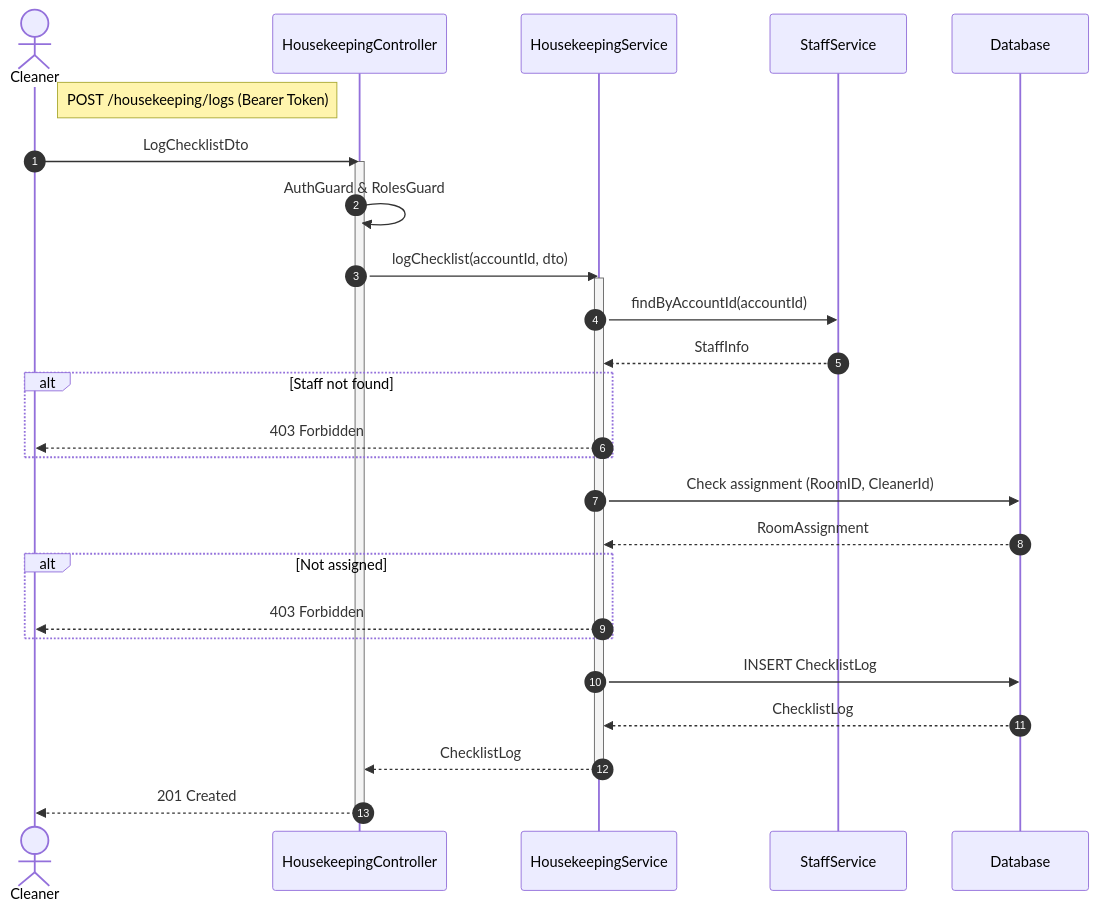
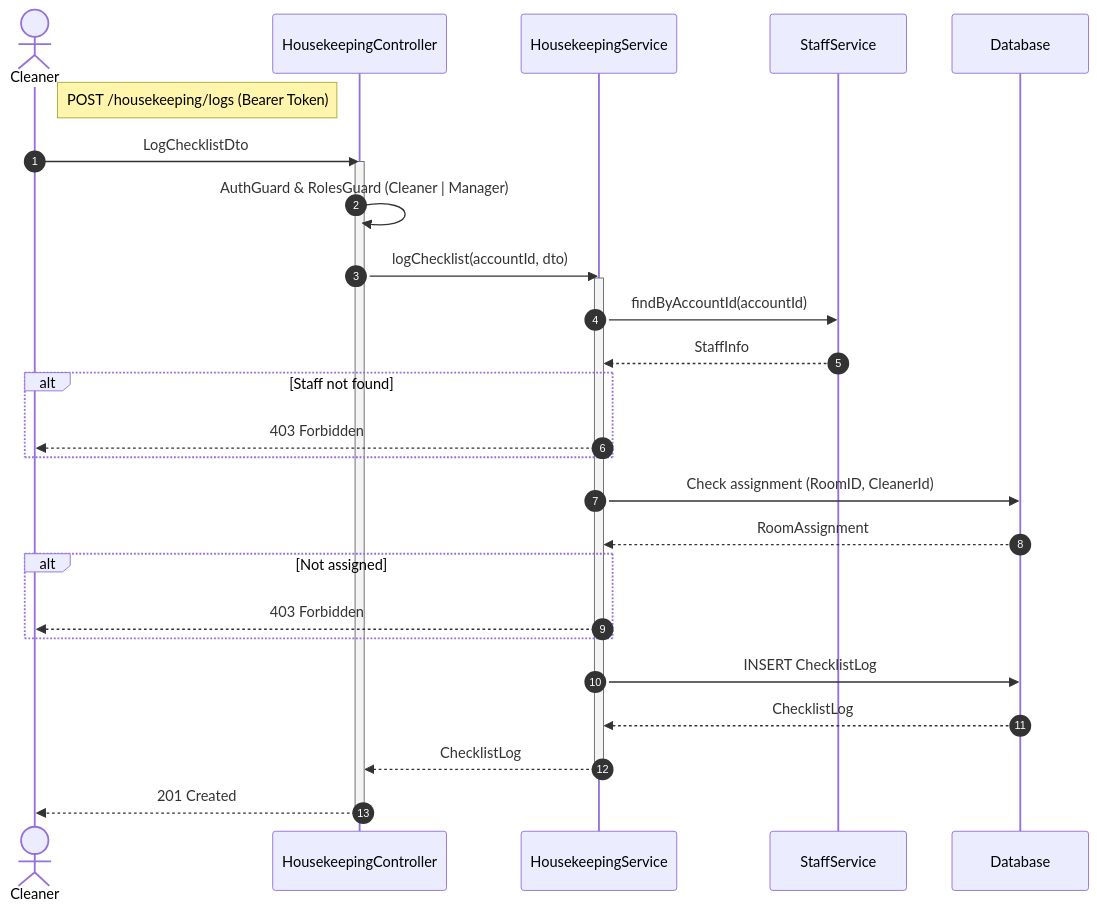
Before and after one commit to Notimemech/HotelHubManagement: the diagram in docs/modules/housekeeping/sequence/log-checklist.mmd, drawn with Mermaid. The commit also changed 6 other files, not shown here.

Commit message:
feat: Update housekeeping and maintenance diagrams with new classes and sequence flows

```diff
--- a/docs/modules/housekeeping/sequence/log-checklist.mmd
+++ b/docs/modules/housekeeping/sequence/log-checklist.mmd
@@ -1,38 +1,38 @@
 sequenceDiagram
     autonumber
     actor Client as Cleaner
     participant Ctrl as HousekeepingController
     participant Service as HousekeepingService
     participant StaffSvc as StaffService
     participant DB as Database
 
     note right of Client: POST /housekeeping/logs (Bearer Token)
     Client->>Ctrl: LogChecklistDto
     activate Ctrl
-    Ctrl->>Ctrl: AuthGuard & RolesGuard
+    Ctrl->>Ctrl: AuthGuard & RolesGuard (Cleaner | Manager)
 
     Ctrl->>Service: logChecklist(accountId, dto)
     activate Service
-    
+
     Service->>StaffSvc: findByAccountId(accountId)
     StaffSvc-->>Service: StaffInfo
-    
+
     alt Staff not found
         Service-->>Client: 403 Forbidden
     end
 
     Service->>DB: Check assignment (RoomID, CleanerId)
     DB-->>Service: RoomAssignment
-    
+
     alt Not assigned
         Service-->>Client: 403 Forbidden
     end
 
     Service->>DB: INSERT ChecklistLog
     DB-->>Service: ChecklistLog
 
     Service-->>Ctrl: ChecklistLog
     deactivate Service
-    
+
     Ctrl-->>Client: 201 Created
     deactivate Ctrl
```
